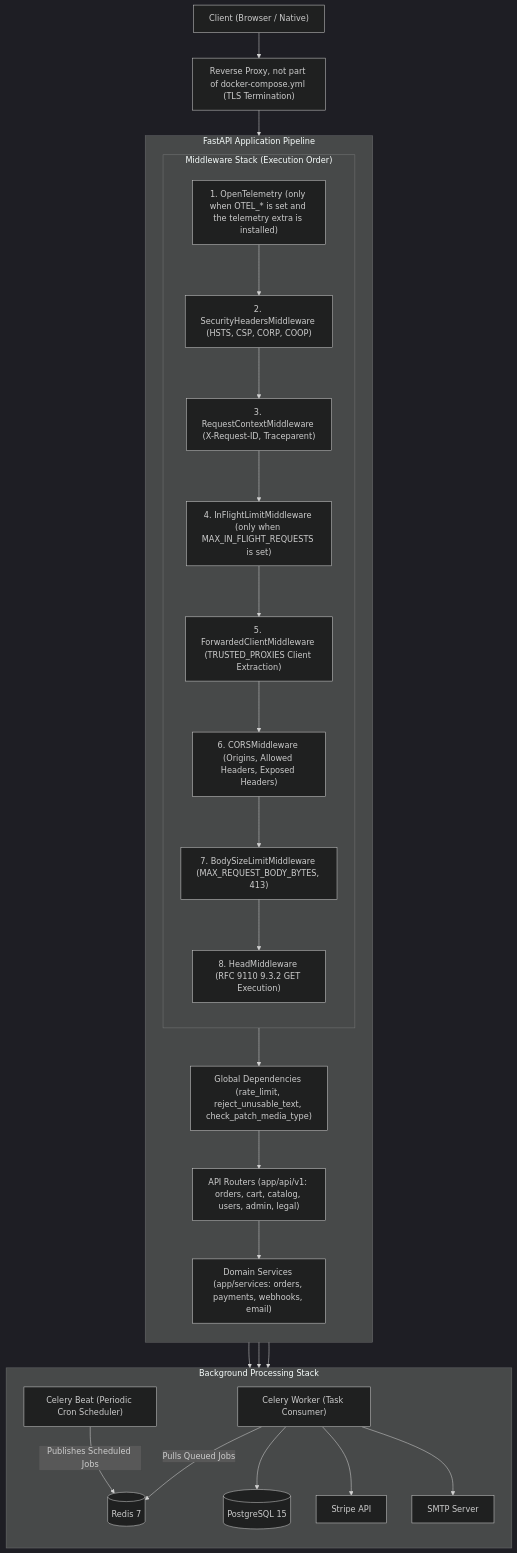
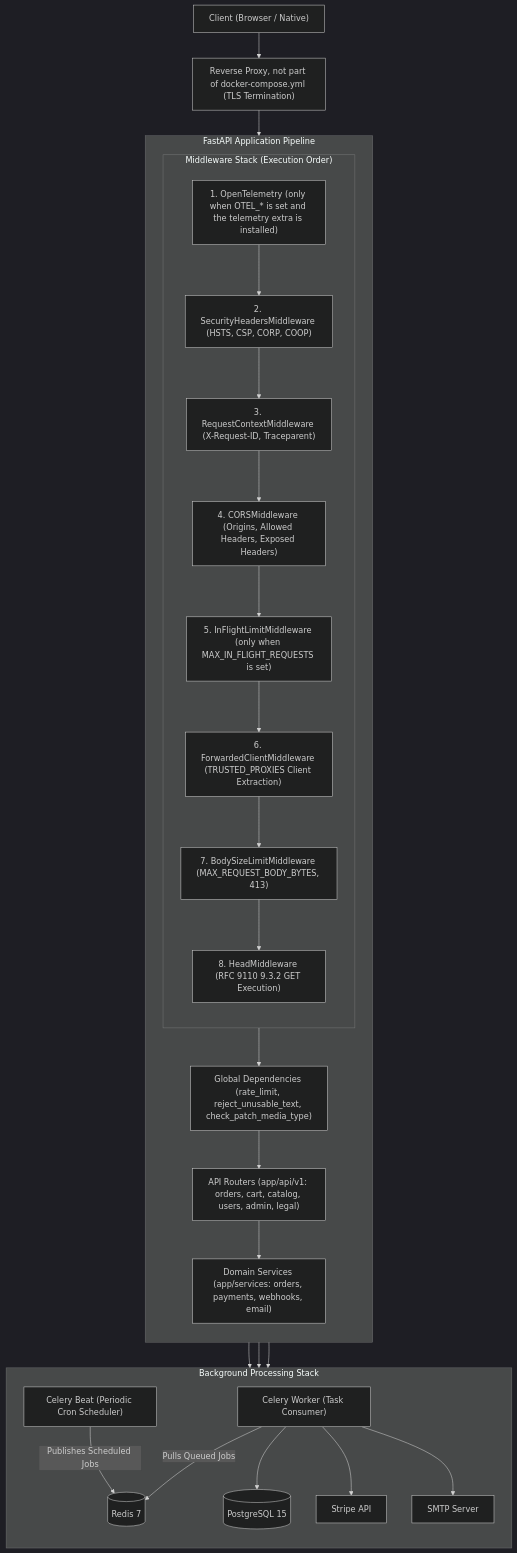
Before and after one commit to nadeko0/fastapi_e-commerce_backend: the first of 4 diagrams in docs/ARCHITECTURE.md, drawn with Mermaid (dark theme). The commit also changed other lines of this file and 54 other files, not shown here.

````diff
--- a/docs/ARCHITECTURE.md
+++ b/docs/ARCHITECTURE.md
@@ -13,36 +13,36 @@
 ```mermaid
 flowchart TD
     Client["Client (Browser / Native)"] --> Proxy["Reverse Proxy, not part of docker-compose.yml (TLS Termination)"]
     Proxy --> M1
 
     subgraph ASGI ["FastAPI Application Pipeline"]
         direction TB
         subgraph Middlewares ["Middleware Stack (Execution Order)"]
             direction TB
             M1["1. OpenTelemetry (only when OTEL_* is set and the telemetry extra is installed)"]
             --> M2["2. SecurityHeadersMiddleware (HSTS, CSP, CORP, COOP)"]
             --> M3["3. RequestContextMiddleware (X-Request-ID, Traceparent)"]
-            --> M4["4. InFlightLimitMiddleware (only when MAX_IN_FLIGHT_REQUESTS is set)"]
-            --> M5["5. ForwardedClientMiddleware (TRUSTED_PROXIES Client Extraction)"]
-            --> M6["6. CORSMiddleware (Origins, Allowed Headers, Exposed Headers)"]
+            --> M4["4. CORSMiddleware (Origins, Allowed Headers, Exposed Headers)"]
+            --> M5["5. InFlightLimitMiddleware (only when MAX_IN_FLIGHT_REQUESTS is set)"]
+            --> M6["6. ForwardedClientMiddleware (TRUSTED_PROXIES Client Extraction)"]
             --> M7["7. BodySizeLimitMiddleware (MAX_REQUEST_BODY_BYTES, 413)"]
             --> M8["8. HeadMiddleware (RFC 9110 9.3.2 GET Execution)"]
         end
         Middlewares --> Dependencies["Global Dependencies (rate_limit, reject_unusable_text, check_patch_media_type)"]
         Dependencies --> Routers["API Routers (app/api/v1: orders, cart, catalog, users, admin, legal)"]
         Routers --> Services["Domain Services (app/services: orders, payments, webhooks, email)"]
     end
 
     Services --> DB[(PostgreSQL 15)]
     Services --> Cache[(Redis 7)]
     Services --> StripeExt[Stripe API]
 
     subgraph AsyncWorkers ["Background Processing Stack"]
         direction TB
         Beat["Celery Beat (Periodic Cron Scheduler)"] -->|Publishes Scheduled Jobs| Cache
         Worker["Celery Worker (Task Consumer)"] -->|Pulls Queued Jobs| Cache
         Worker --> DB
         Worker --> StripeExt
         Worker --> SMTPExt[SMTP Server]
     end
 ```
````
